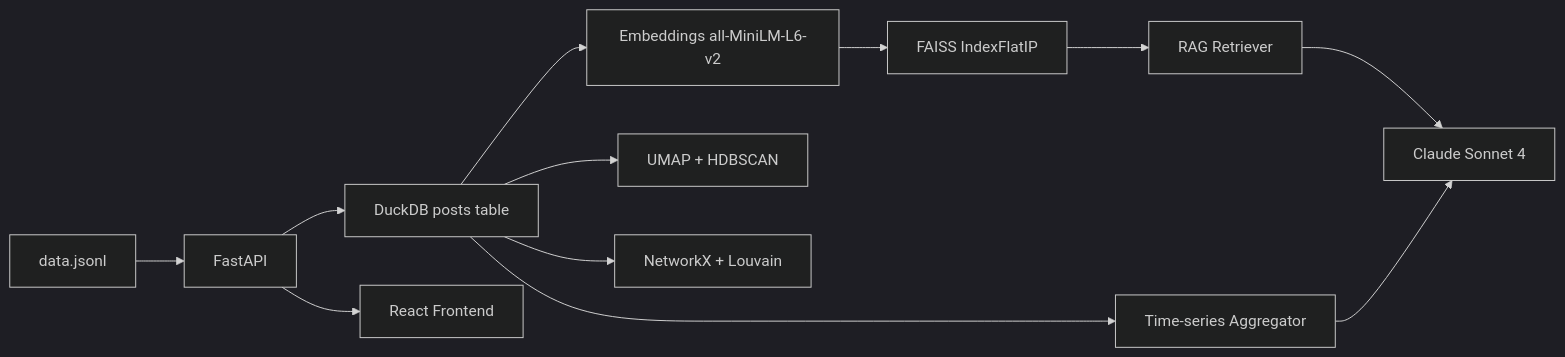
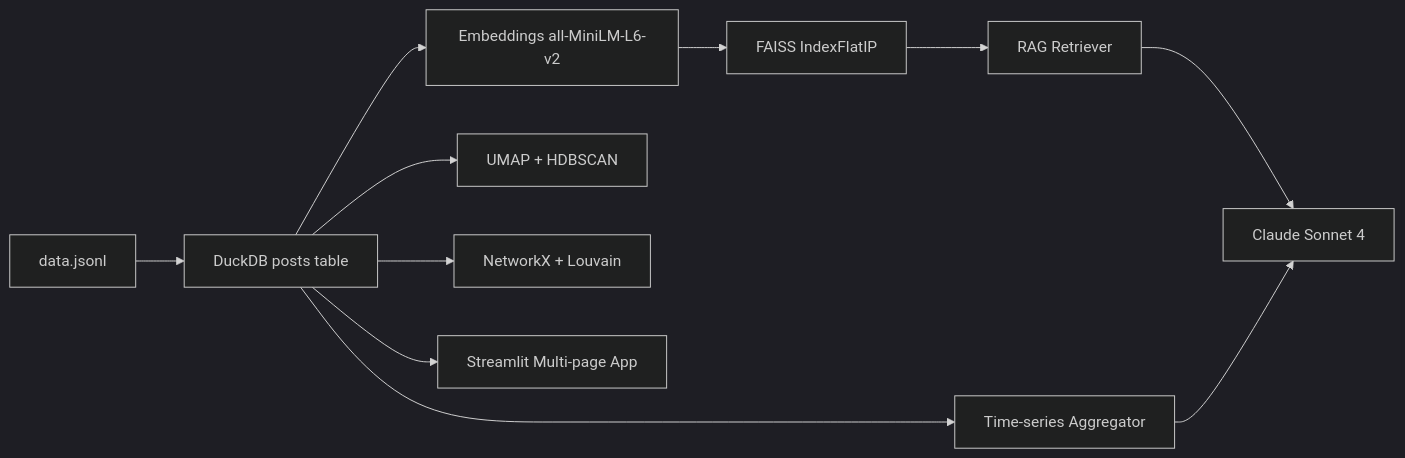
The diagram in README.md (shiven365/research-engineering-intern-assignment), drawn with Mermaid (dark theme) before and after one commit. The commit also changed other lines of this file and 54 other files, not shown here.

Commit message:
Migrate project to Streamlit and remove legacy React frontend

````diff
--- a/README.md
+++ b/README.md
@@ -13,14 +43,13 @@
 ```mermaid
 graph LR
-  A[data.jsonl] --> B[FastAPI]
-  B --> C[DuckDB posts table]
-  C --> D[Embeddings all-MiniLM-L6-v2]
-  D --> E[FAISS IndexFlatIP]
-  C --> F[UMAP + HDBSCAN]
-  C --> G[NetworkX + Louvain]
-  C --> H[Time-series Aggregator]
-  E --> I[RAG Retriever]
-  I --> J[Claude Sonnet 4]
-  H --> J
-  B --> K[React Frontend]
+  A[data.jsonl] --> B[DuckDB posts table]
+  B --> C[Embeddings all-MiniLM-L6-v2]
+  C --> D[FAISS IndexFlatIP]
+  B --> E[UMAP + HDBSCAN]
+  B --> F[NetworkX + Louvain]
+  B --> G[Time-series Aggregator]
+  D --> H[RAG Retriever]
+  H --> I[Claude Sonnet 4]
+  G --> I
+  B --> J[Streamlit Multi-page App]
 ```
````
